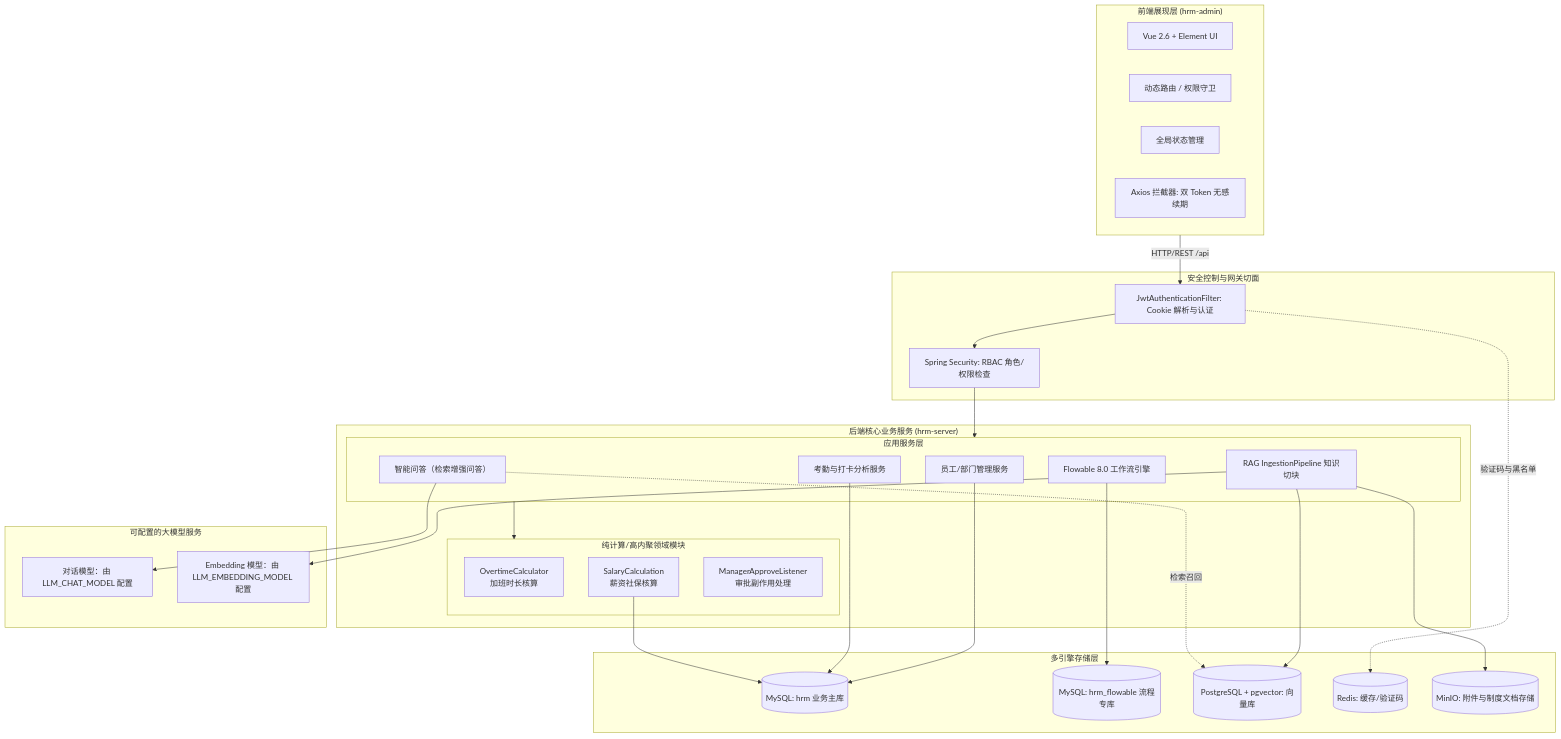
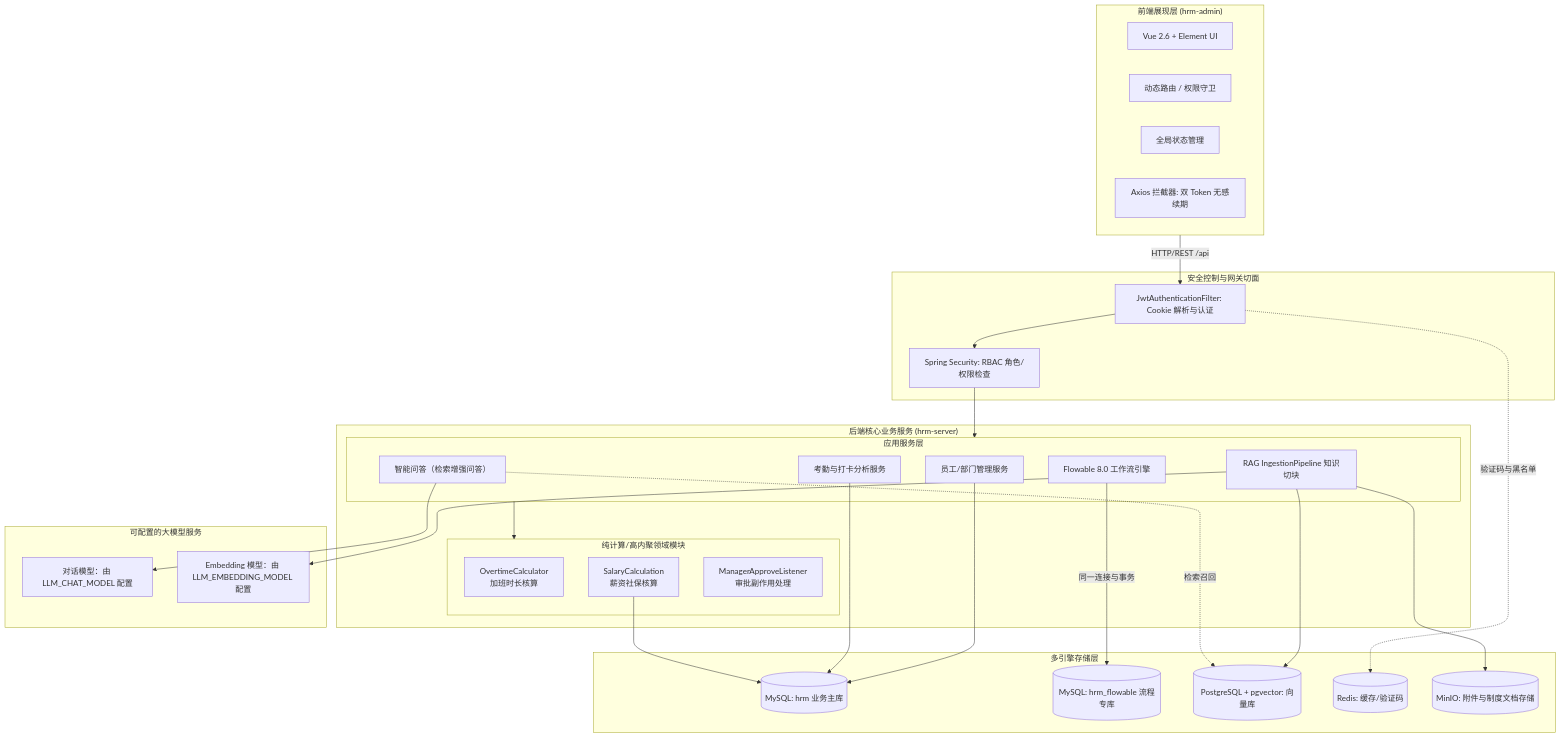
The second of 2 diagrams in data/readmes/quuuuj__hrm.md (zqf20096327/dbhub_collect), drawn with Mermaid before and after one commit. The commit also changed other lines of this file and 536 other files, not shown here.

````diff
--- a/data/readmes/quuuuj__hrm.md
+++ b/data/readmes/quuuuj__hrm.md
@@ -141,62 +141,62 @@
 ```mermaid
 graph TB
     subgraph Client["前端展现层 (hrm-admin)"]
         UI[Vue 2.6 + Element UI]
         Router[动态路由 / 权限守卫]
         Vuex[全局状态管理]
         AxiosInter[Axios 拦截器: 双 Token 无感续期]
     end
 
     subgraph Security["安全控制与网关切面"]
         Filter[JwtAuthenticationFilter: Cookie 解析与认证]
         PermChecker[Spring Security: RBAC 角色/权限检查]
     end
 
     subgraph CoreBackend["后端核心业务服务 (hrm-server)"]
         subgraph Domains["纯计算/高内聚领域模块"]
             Overtime[OvertimeCalculator<br/>加班时长核算]
             Salary[SalaryCalculation<br/>薪资社保核算]
             LeaveSide[ManagerApproveListener<br/>审批副作用处理]
         end
 
         subgraph Modules["应用服务层"]
             StaffSvc[员工/部门管理服务]
             AttendanceSvc[考勤与打卡分析服务]
             FlowEngine[Flowable 8.0 工作流引擎]
             KnowledgeSvc[RAG IngestionPipeline 知识切块]
             AiAssistantSvc[智能问答（检索增强问答）]
         end
     end
 
     subgraph ExternalModel["可配置的大模型服务"]
         LLM[对话模型：由 LLM_CHAT_MODEL 配置]
         Embed[Embedding 模型：由 LLM_EMBEDDING_MODEL 配置]
     end
 
     subgraph Persistence["多引擎存储层"]
         DB_Master[(MySQL: hrm 业务主库)]
         DB_Flowable[(MySQL: hrm_flowable 流程专库)]
         DB_Vector[(PostgreSQL + pgvector: 向量库)]
         Cache_Redis[(Redis: 缓存/验证码)]
         Storage_MinIO[(MinIO: 附件与制度文档存储)]
     end
 
     Client -->|HTTP/REST /api| Filter
     Filter --> PermChecker
     PermChecker --> Modules
     Modules --> Domains
 
     StaffSvc --> DB_Master
     AttendanceSvc --> DB_Master
     Salary --> DB_Master
-    FlowEngine --> DB_Flowable
+    FlowEngine -->|同一连接与事务| DB_Flowable
     
     KnowledgeSvc --> Storage_MinIO
     KnowledgeSvc --> Embed
     KnowledgeSvc --> DB_Vector
 
     AiAssistantSvc --> LLM
     AiAssistantSvc -.检索召回.-> DB_Vector
 
     Filter -.验证码与黑名单.-> Cache_Redis
 ```
````
